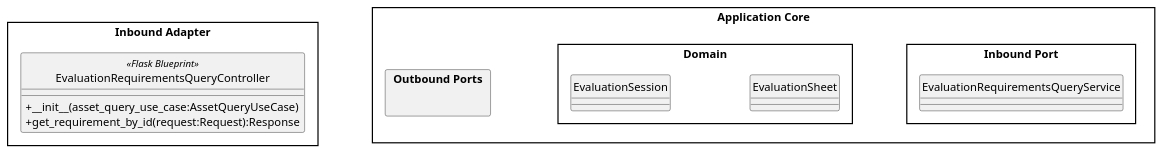
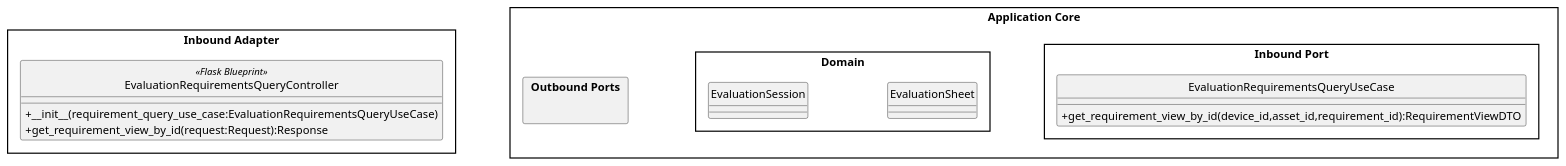
Before and after one commit to GroupRubberDuck/Documentazione: the diagram in src/PB/DocumentazioneEsterna/Specifica_Tecnica/content/uml/puml/Diagrammi_classi/EvaluationRequirementsQueryController.puml, drawn with PlantUML. The commit also changed 1 other file, not shown here.

Commit message:
aggiornato Evaluation Session Serrvice

```diff
--- a/src/PB/DocumentazioneEsterna/Specifica_Tecnica/content/uml/puml/Diagrammi_classi/EvaluationRequirementsQueryController.puml
+++ b/src/PB/DocumentazioneEsterna/Specifica_Tecnica/content/uml/puml/Diagrammi_classi/EvaluationRequirementsQueryController.puml
@@ -1,46 +1,47 @@
 @startuml
 
 skinparam linetype ortho
 skinparam nodesep 100
 skinparam ranksep 80
 skinparam classAttributeIconSize 0
 skinparam packageStyle rectangle
 skinparam style strictuml
 
 
 package "Inbound Adapter"{
 class EvaluationRequirementsQueryController <<Flask Blueprint>>{
-        + __init__(asset_query_use_case:AssetQueryUseCase)
-        + get_requirement_by_id(request:Request):Response
+        + __init__(requirement_query_use_case:EvaluationRequirementsQueryUseCase)
+        + get_requirement_view_by_id(request:Request):Response
 
 } 
 
 }
 
 
 package "Application Core" {
 
         package "Inbound Port"{
 
-               class EvaluationRequirementsQueryService{
+               class EvaluationRequirementsQueryUseCase{
+                        + get_requirement_view_by_id(device_id,asset_id,requirement_id):RequirementViewDTO
 
                }
                 
         }
 
                 
         package Domain {
                 class EvaluationSheet{}
 
                 class EvaluationSession{}
 
         }
 
 
         package "Outbound Ports"{
         }
 }
 
 
 
 @enduml
```
